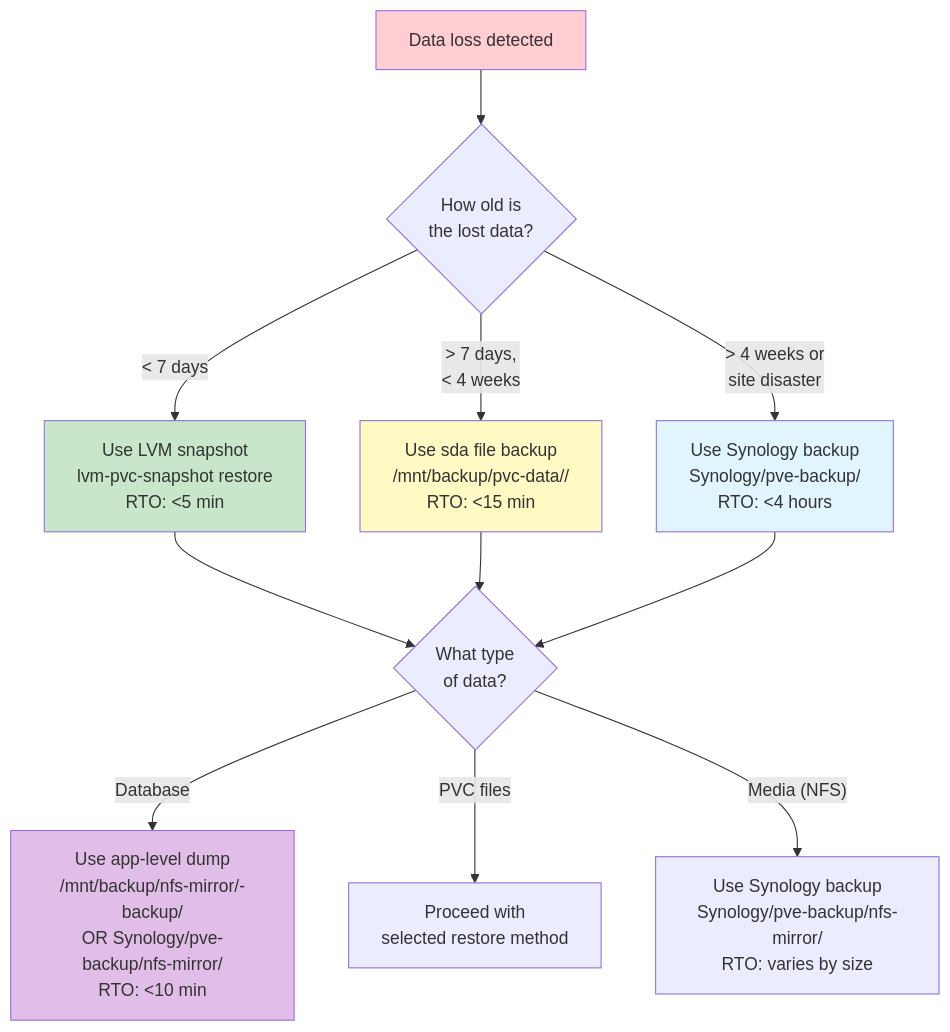
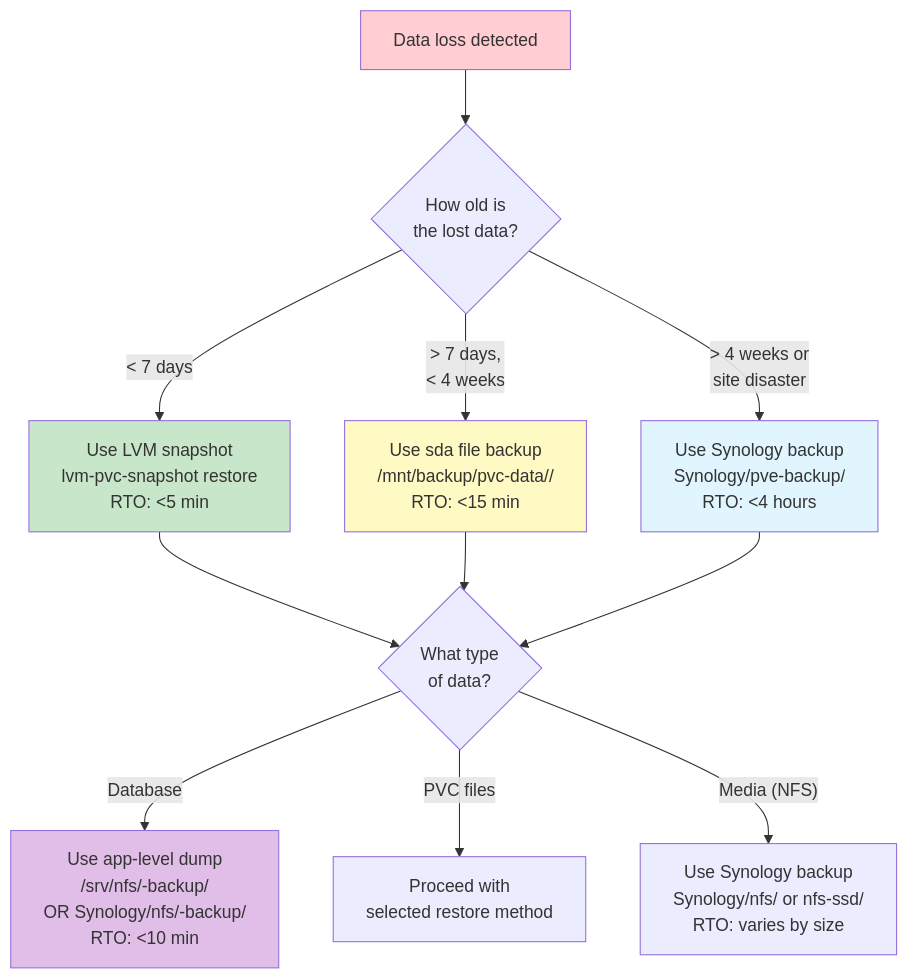
Before and after one commit to ViktorBarzin/infra: the fourth of 5 diagrams in docs/architecture/backup-dr.md, drawn with Mermaid. The commit also changed other lines of this file and 4 other files, not shown here.

Commit message:
docs: update backup architecture for inotify change tracking + consolidated Synology layout [ci skip]

````diff
--- a/docs/architecture/backup-dr.md
+++ b/docs/architecture/backup-dr.md
@@ -132,26 +137,26 @@
 ```mermaid
 graph TB
     Start["Data loss detected"]
     Age{"How old is<br/>the lost data?"}
     Type{"What type<br/>of data?"}
 
     Start --> Age
 
     Age -->|"< 7 days"| LVM["Use LVM snapshot<br/>lvm-pvc-snapshot restore<br/>RTO: <5 min"]
     Age -->|"> 7 days,<br/>< 4 weeks"| FileBackup["Use sda file backup<br/>/mnt/backup/pvc-data/<week>/<br/>RTO: <15 min"]
     Age -->|"> 4 weeks or<br/>site disaster"| Offsite["Use Synology backup<br/>Synology/pve-backup/<br/>RTO: <4 hours"]
 
     LVM --> Type
     FileBackup --> Type
     Offsite --> Type
 
-    Type -->|"Database"| AppBackup["Use app-level dump<br/>/mnt/backup/nfs-mirror/<service>-backup/<br/>OR Synology/pve-backup/nfs-mirror/<br/>RTO: <10 min"]
+    Type -->|"Database"| AppBackup["Use app-level dump<br/>/srv/nfs/<service>-backup/<br/>OR Synology/nfs/<service>-backup/<br/>RTO: <10 min"]
     Type -->|"PVC files"| Proceed["Proceed with<br/>selected restore method"]
-    Type -->|"Media (NFS)"| OffsiteMedia["Use Synology backup<br/>Synology/pve-backup/nfs-mirror/<br/>RTO: varies by size"]
+    Type -->|"Media (NFS)"| OffsiteMedia["Use Synology backup<br/>Synology/nfs/ or nfs-ssd/<br/>RTO: varies by size"]
 
     style Start fill:#ffcdd2
     style LVM fill:#c8e6c9
     style FileBackup fill:#fff9c4
     style Offsite fill:#e1f5ff
     style AppBackup fill:#e1bee7
 ```
````
